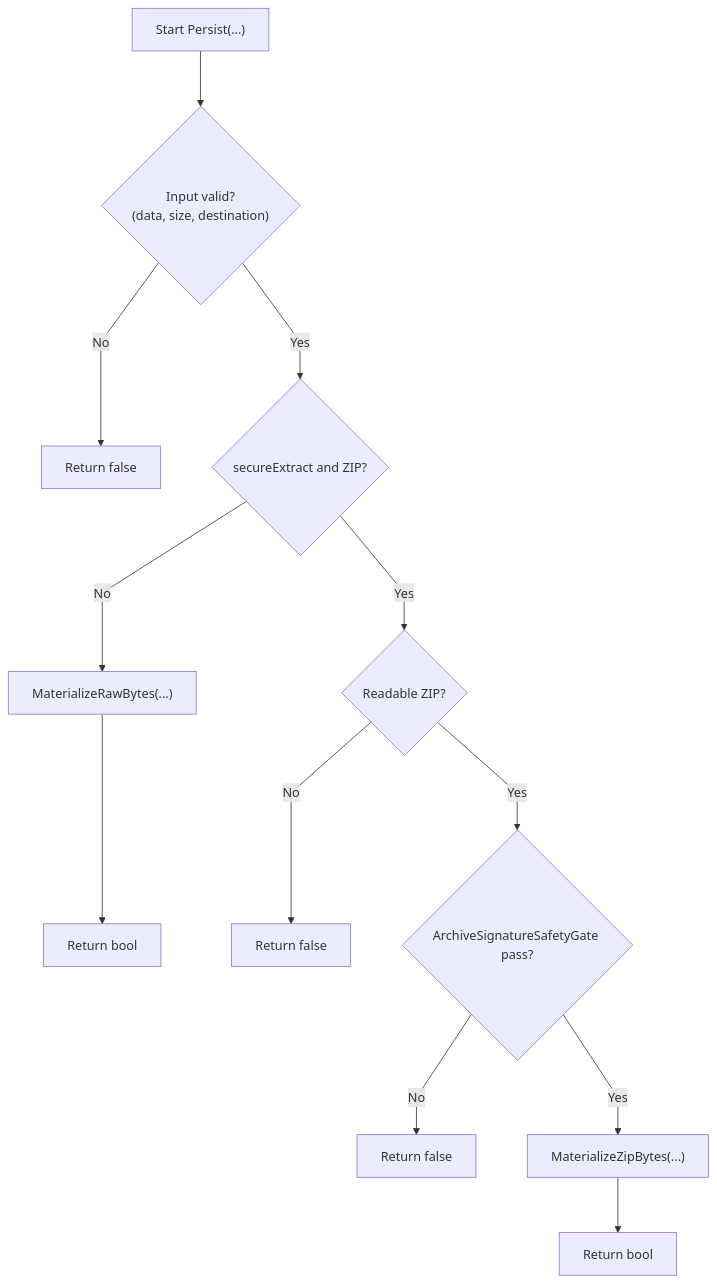
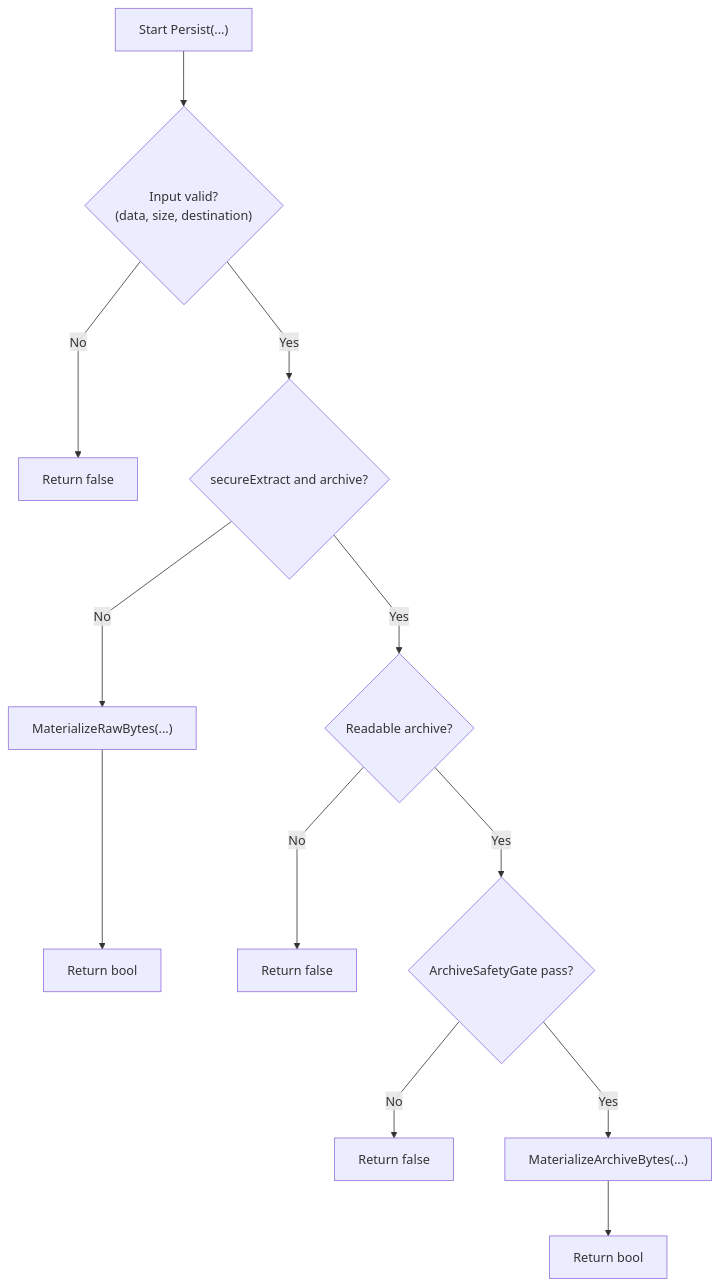
Before and after one commit to tomtastisch/FileClassifier: the eighth of 9 diagrams in docs/02_ARCHITECTURE_AND_FLOWS.md, drawn with Mermaid. The commit also changed other lines of this file and 10 other files, not shown here.

Commit message:
refactor: konsolidiere archive-entry flow und haerte hash optionen

````diff
--- a/docs/02_ARCHITECTURE_AND_FLOWS.md
+++ b/docs/02_ARCHITECTURE_AND_FLOWS.md
@@ -299,16 +298,16 @@
 ```mermaid
 %%{init: {"flowchart": {"curve": "linear", "nodeSpacing": 65, "rankSpacing": 70}, "themeVariables": {"fontSize": "16px"}}}%%
 flowchart TD
   S0["Start Persist(...)"] --> S1{"Input valid?<br/>(data, size, destination)"}
   S1 -->|"No"| E1["Return false"]
-  S1 -->|"Yes"| S2{"secureExtract and ZIP?"}
+  S1 -->|"Yes"| S2{"secureExtract and archive?"}
 
   S2 -->|"No"| A1["MaterializeRawBytes(...)"] --> R1["Return bool"]
-  S2 -->|"Yes"| S3{"Readable ZIP?"}
+  S2 -->|"Yes"| S3{"Readable archive?"}
 
   S3 -->|"No"| E2["Return false"]
-  S3 -->|"Yes"| S4{"ArchiveSignatureSafetyGate pass?"}
+  S3 -->|"Yes"| S4{"ArchiveSafetyGate pass?"}
 
   S4 -->|"No"| E3["Return false"]
-  S4 -->|"Yes"| A2["MaterializeZipBytes(...)"] --> R2["Return bool"]
+  S4 -->|"Yes"| A2["MaterializeArchiveBytes(...)"] --> R2["Return bool"]
 ```
````
